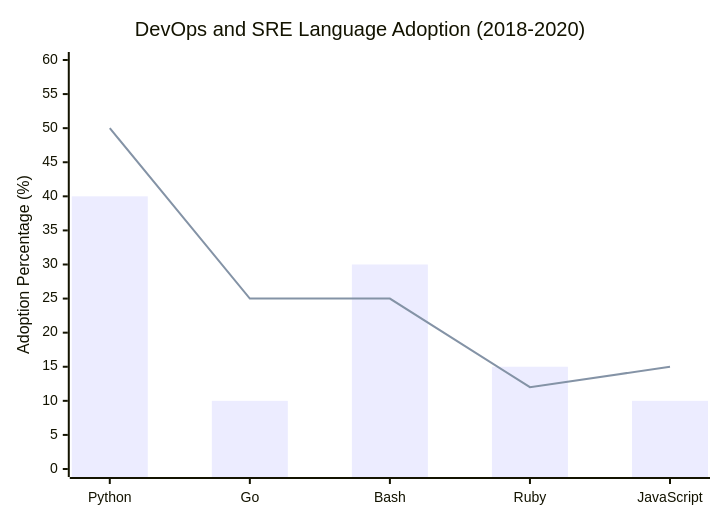
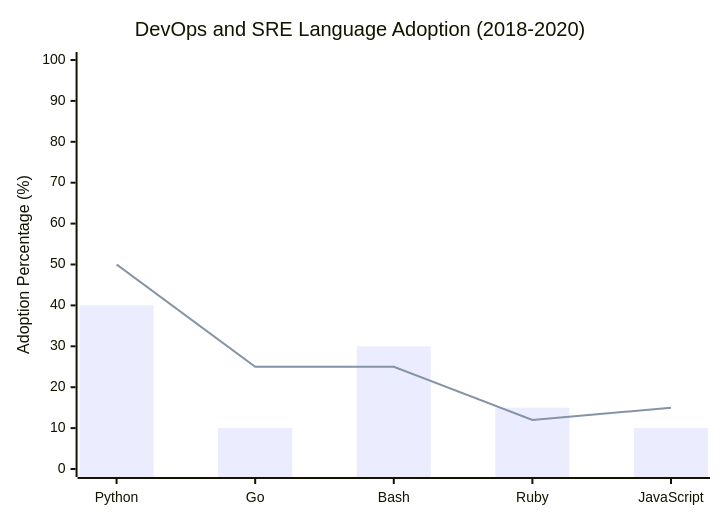
One commit to yonrasgg/TechNomadiX changed the diagram in _posts/2020-03-15-picking-languages-sre.md. Above: the diagram before and after it, drawn with Mermaid. The commit also changed other lines of this file, not shown here.

Commit message:
refactor(posts): update language adoption chart in SRE language guide

````diff
--- a/_posts/2020-03-15-picking-languages-sre.md
+++ b/_posts/2020-03-15-picking-languages-sre.md
@@ -44,13 +44,13 @@
 ```mermaid
 xychart-beta
 
 title "DevOps and SRE Language Adoption (2018-2020)"
 
 x-axis [Python, Go, Bash, Ruby, JavaScript]
 
-y-axis "Adoption Percentage (%)" 0 --> 60
+y-axis "Adoption Percentage (%)" 0 --> 100
 
 bar [40, 10, 30, 15, 10]
 
 line [50, 25, 25, 12, 15]
 ```
````
